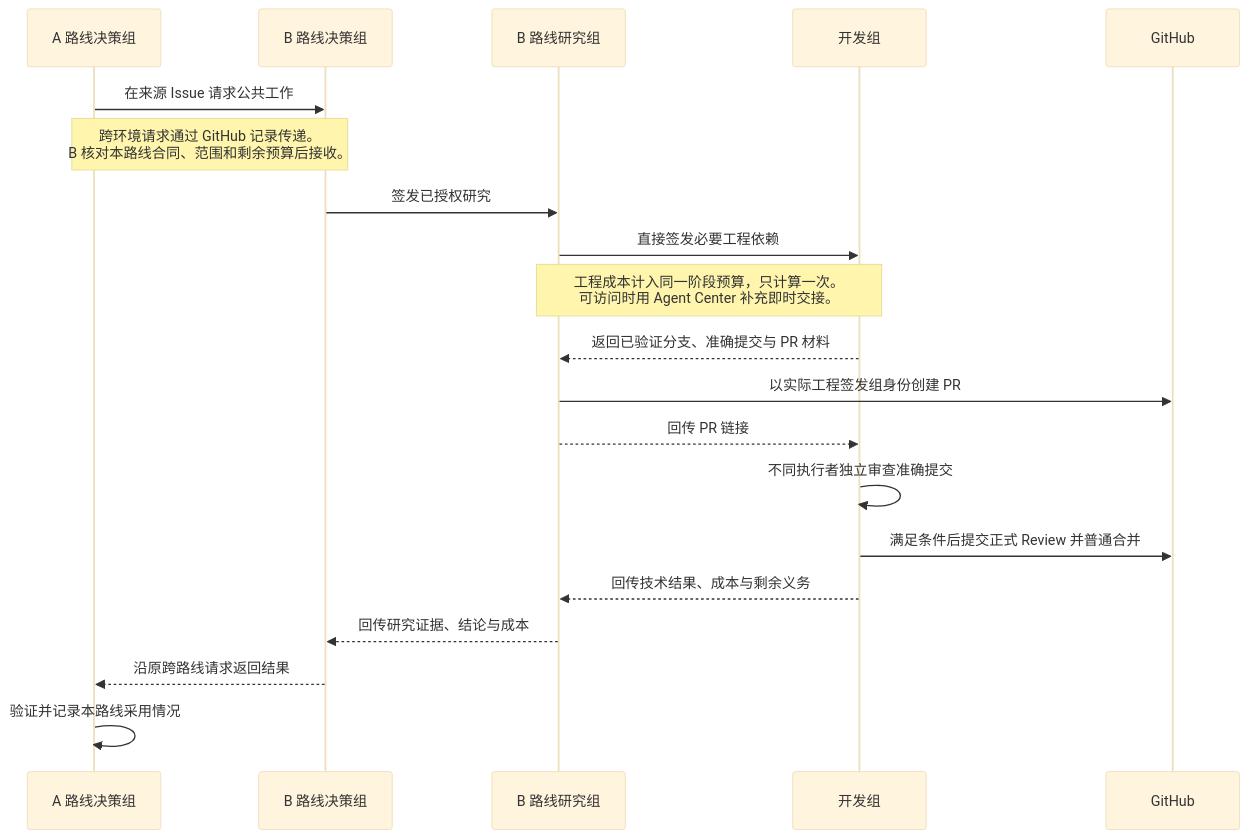
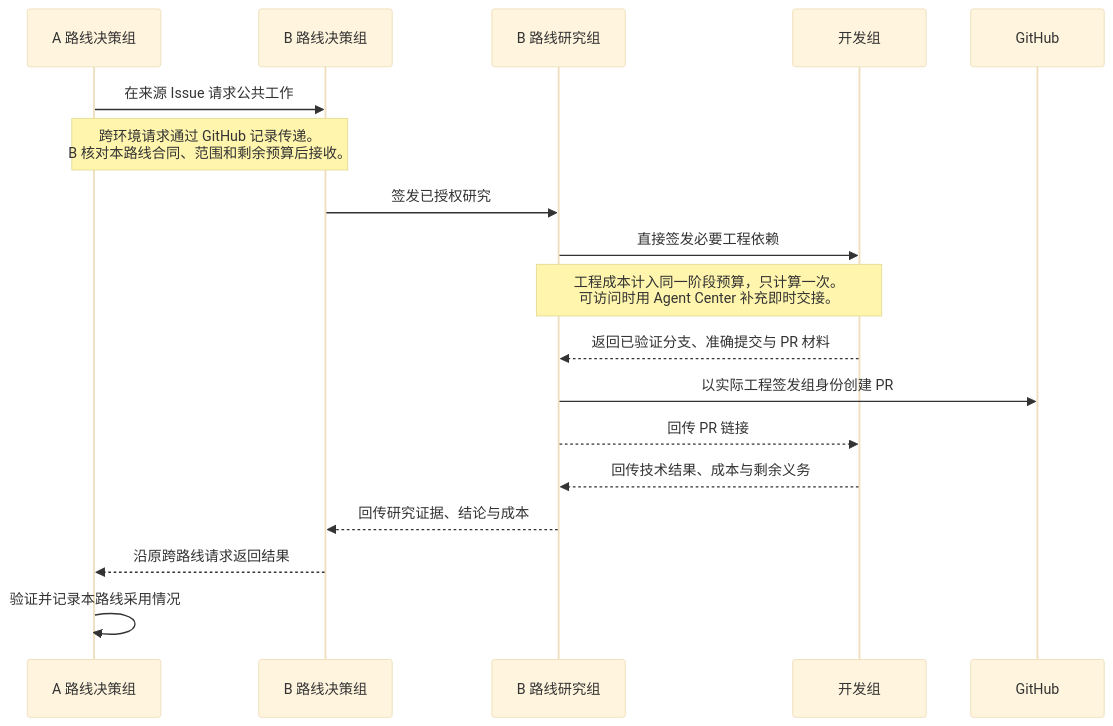
Before and after one commit to slowchillchill/codex-decision-assistant: the second of 2 diagrams in README.zh-CN.md, drawn with Mermaid (base theme). The commit also changed other lines of this file and 6 other files, not shown here.

````diff
--- a/README.zh-CN.md
+++ b/README.zh-CN.md
@@ -44,22 +44,20 @@
 ```mermaid
 sequenceDiagram
     participant A as A 路线决策组
     participant B as B 路线决策组
     participant R as B 路线研究组
     participant D as 开发组
     participant G as GitHub
     A->>B: 在来源 Issue 请求公共工作
     Note over A,B: 跨环境请求通过 GitHub 记录传递。<br/>B 核对本路线合同、范围和剩余预算后接收。
     B->>R: 签发已授权研究
     R->>D: 直接签发必要工程依赖
     Note over R,D: 工程成本计入同一阶段预算，只计算一次。<br/>可访问时用 Agent Center 补充即时交接。
     D-->>R: 返回已验证分支、准确提交与 PR 材料
     R->>G: 以实际工程签发组身份创建 PR
     R-->>D: 回传 PR 链接
-    D->>D: 不同执行者独立审查准确提交
-    D->>G: 满足条件后提交正式 Review 并普通合并
     D-->>R: 回传技术结果、成本与剩余义务
     R-->>B: 回传研究证据、结论与成本
     B-->>A: 沿原跨路线请求返回结果
     A->>A: 验证并记录本路线采用情况
 ```
````
